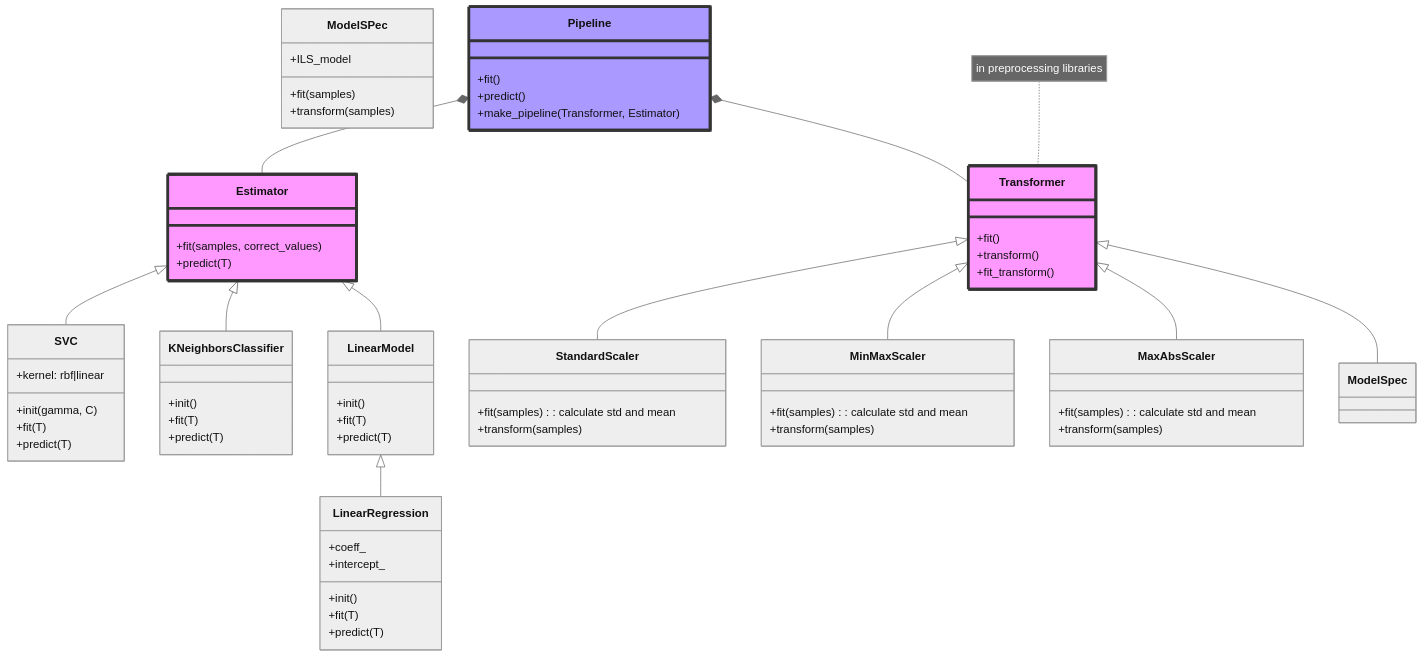
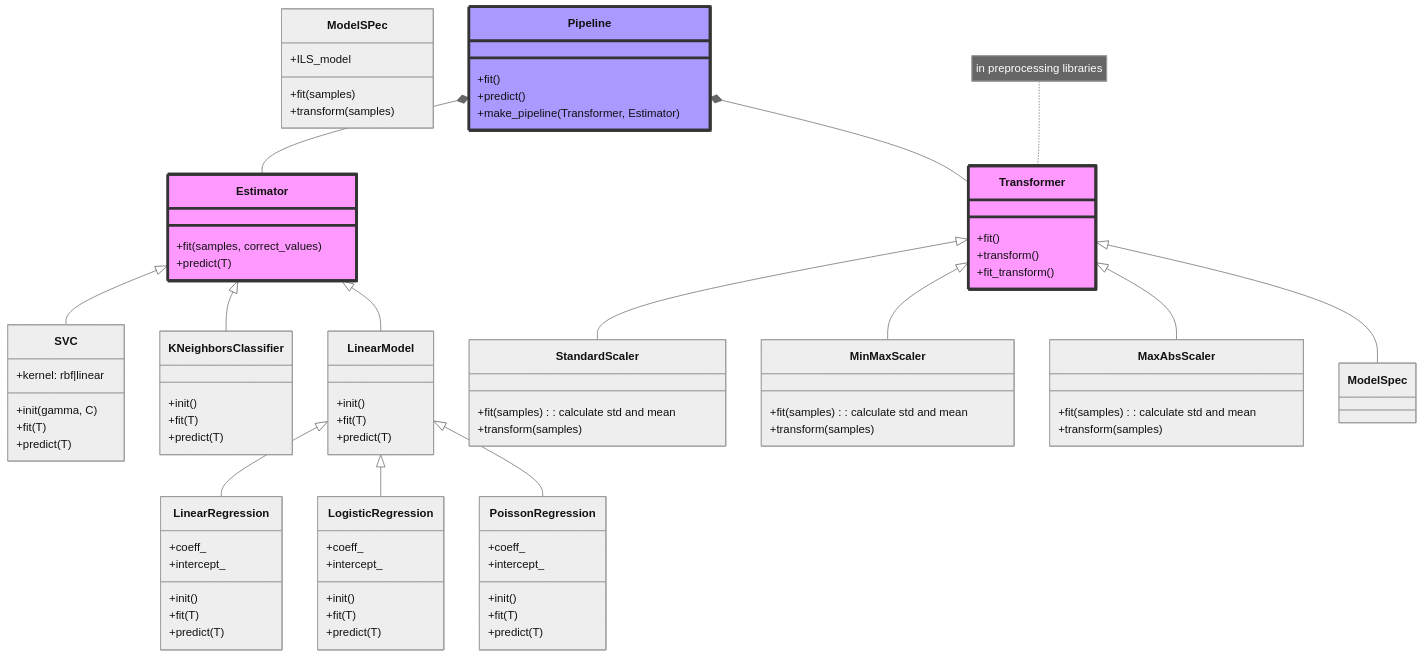
The first of 5 diagrams in notebooks/machete.md (FDrico/statistical_learning), drawn with Mermaid (neutral theme) before and after one commit. The commit also changed other lines of this file and 3 other files, not shown here.

```diff
--- a/notebooks/machete.md
+++ b/notebooks/machete.md
@@ -171,6 +173,8 @@
     Estimator <|-- KNeighborsClassifier
     Estimator <|-- LinearModel
     LinearModel <|-- LinearRegression
+    LinearModel <|-- LogisticRegression
+    LinearModel <|-- PoissonRegression
     Estimator: +fit(samples, correct_values)
     Estimator: +predict(T)
     style Estimator fill:#f9f,stroke:#333,stroke-width:4px
@@ -197,7 +201,20 @@
         +fit(T)
         +predict(T)
     }
-
+    class LogisticRegression{
+        +coeff_
+        +intercept_
+        +init()
+        +fit(T)
+        +predict(T)
+    }
+    class PoissonRegression{
+        +coeff_
+        +intercept_
+        +init()
+        +fit(T)
+        +predict(T)
+    }
     
     Transformer: +fit()
     style Transformer fill:#f9f,stroke:#333,stroke-width:4px
```
